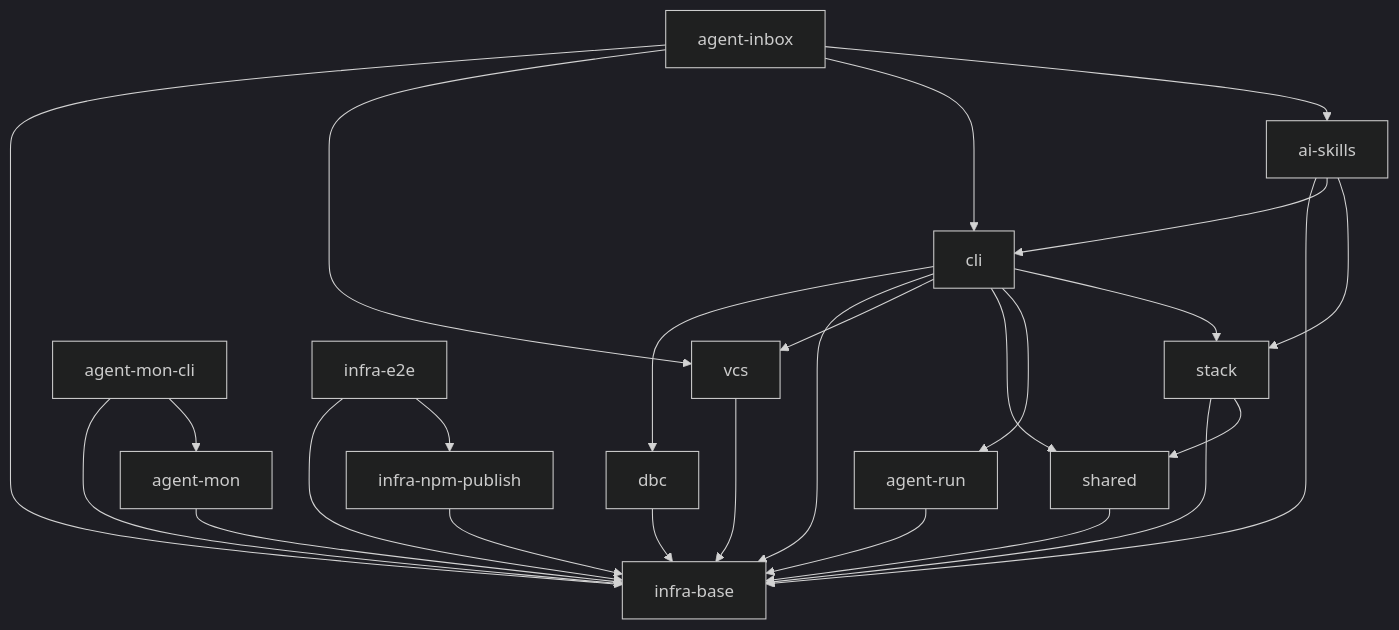
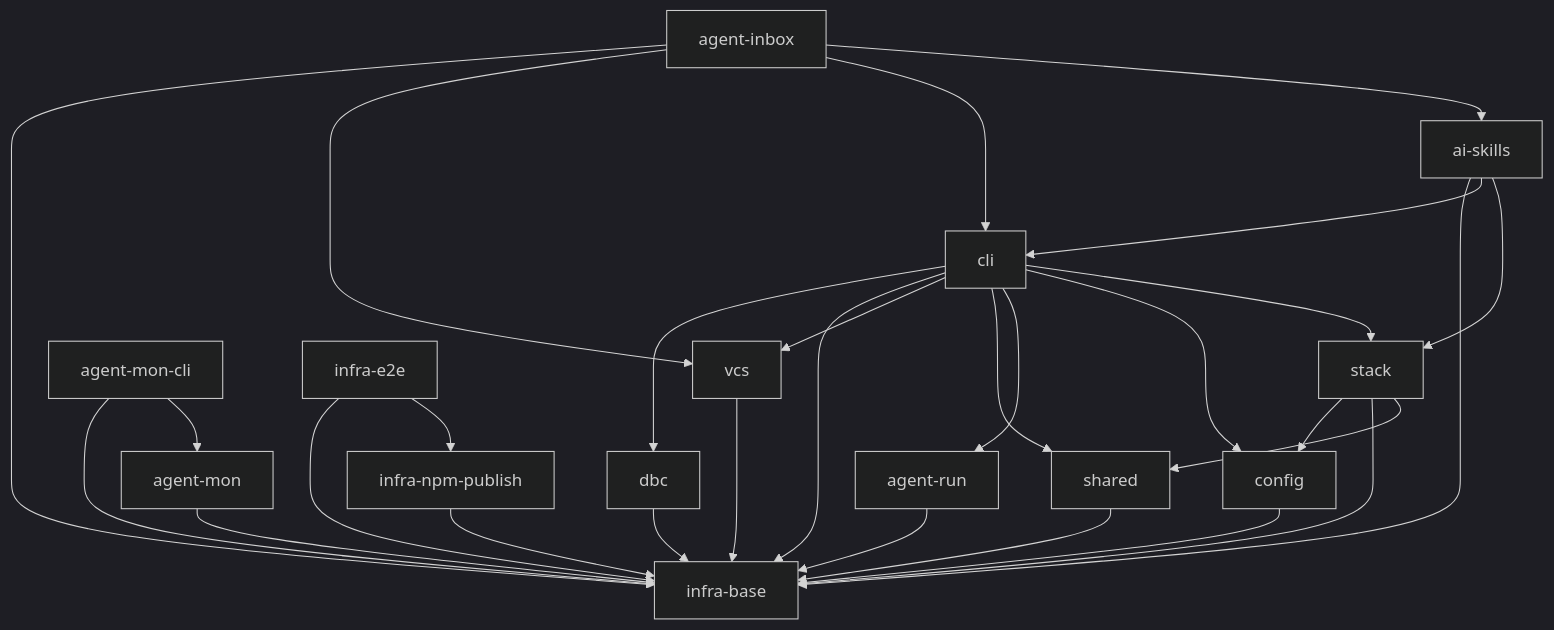
The diagram in specs/README.md (RubaXa/gennady), drawn with Mermaid (dark theme) before and after one commit. The commit also changed other lines of this file and 11 other files, not shown here.

````diff
--- a/specs/README.md
+++ b/specs/README.md
@@ -9,28 +9,31 @@
 ```mermaid
 graph TD
     cli --> dbc
     cli --> infra-base
     cli --> vcs
     cli --> shared
     dbc --> infra-base
     vcs --> infra-base
     agent-mon --> infra-base
     agent-mon-cli --> infra-base
     agent-mon-cli --> agent-mon
     agent-run --> infra-base
     cli --> agent-run
     ai-skills --> infra-base
     ai-skills --> cli
     infra-npm-publish --> infra-base
     agent-inbox --> infra-base
     agent-inbox --> vcs
     agent-inbox --> cli
     agent-inbox --> ai-skills
     shared --> infra-base
     infra-e2e --> infra-base
     infra-e2e --> infra-npm-publish
+    config --> infra-base
+    stack --> config
+    cli --> config
     stack --> infra-base
     stack --> shared
     cli --> stack
     ai-skills --> stack
 ```
````
